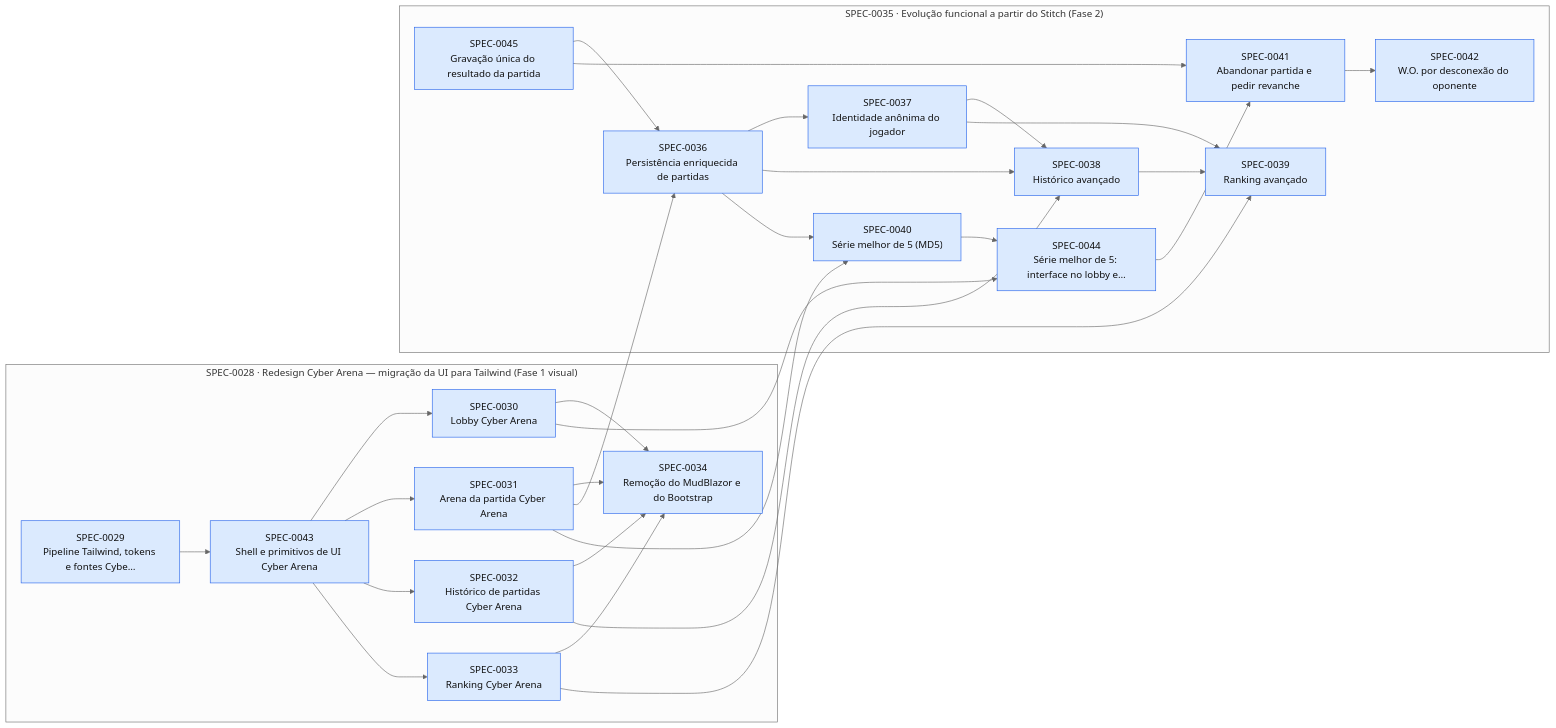
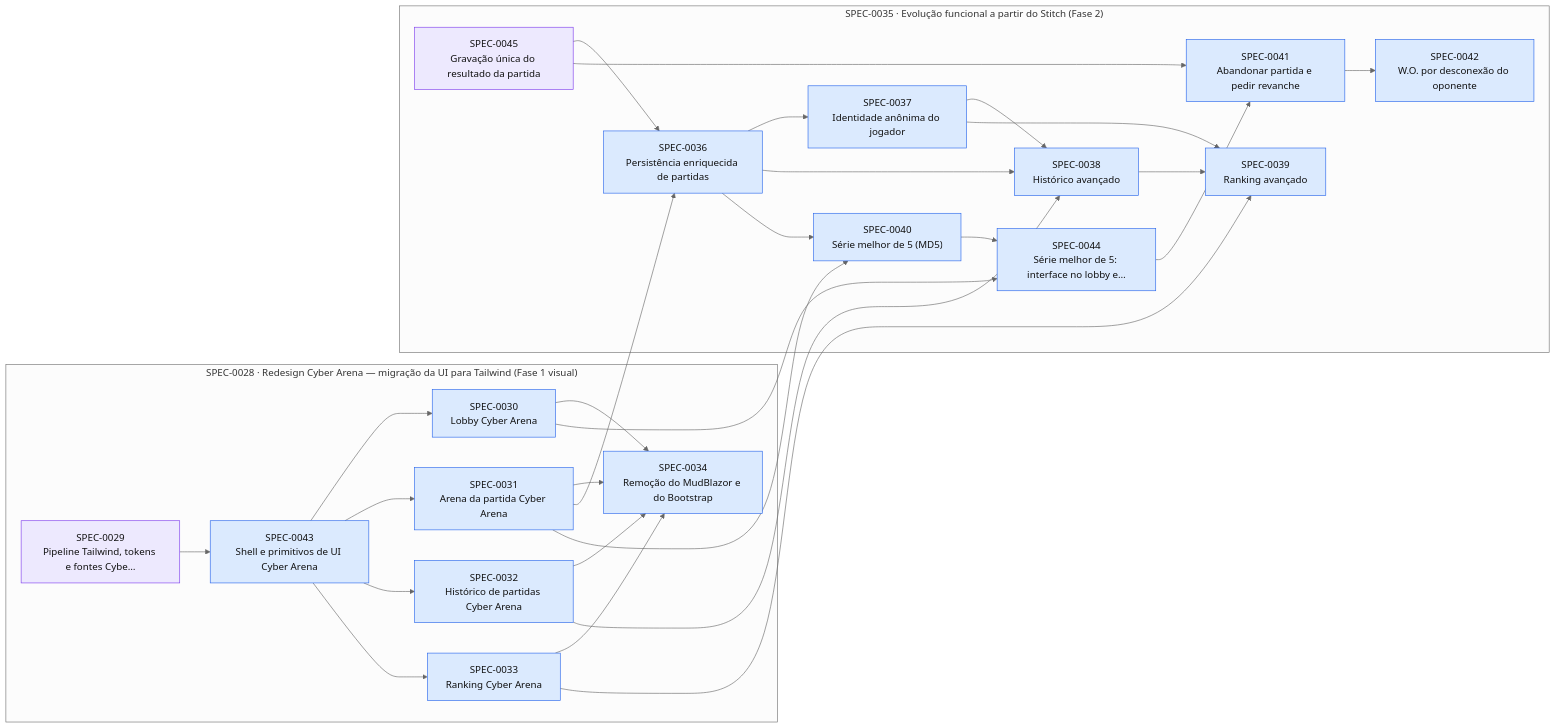
One commit to thomasravache/jogo-da-velha-multiplayer changed the diagram in docs/specs/INDEX.md. Above: the diagram before and after it, drawn with Mermaid (neutral theme). The commit also changed other lines of this file and 2 other files, not shown here.

First line of the commit message:
docs(specs): marcar SPEC-0029 e SPEC-0045 em andamento e regenerar índice

````diff
--- a/docs/specs/INDEX.md
+++ b/docs/specs/INDEX.md
@@ -51,53 +51,53 @@
 ```mermaid
 flowchart LR
   subgraph E0028["SPEC-0028 · Redesign Cyber Arena — migração da UI para Tailwind (Fase 1 visual)"]
-    S0029["SPEC-0029<br/>Pipeline Tailwind, tokens e fontes Cybe…"]:::approved
+    S0029["SPEC-0029<br/>Pipeline Tailwind, tokens e fontes Cybe…"]:::inprogress
     S0030["SPEC-0030<br/>Lobby Cyber Arena"]:::approved
     S0031["SPEC-0031<br/>Arena da partida Cyber Arena"]:::approved
     S0032["SPEC-0032<br/>Histórico de partidas Cyber Arena"]:::approved
     S0033["SPEC-0033<br/>Ranking Cyber Arena"]:::approved
     S0034["SPEC-0034<br/>Remoção do MudBlazor e do Bootstrap"]:::approved
     S0043["SPEC-0043<br/>Shell e primitivos de UI Cyber Arena"]:::approved
   end
   subgraph E0035["SPEC-0035 · Evolução funcional a partir do Stitch (Fase 2)"]
     S0036["SPEC-0036<br/>Persistência enriquecida de partidas"]:::approved
     S0037["SPEC-0037<br/>Identidade anônima do jogador"]:::approved
     S0038["SPEC-0038<br/>Histórico avançado"]:::approved
     S0039["SPEC-0039<br/>Ranking avançado"]:::approved
     S0040["SPEC-0040<br/>Série melhor de 5 (MD5)"]:::approved
     S0041["SPEC-0041<br/>Abandonar partida e pedir revanche"]:::approved
     S0042["SPEC-0042<br/>W.O. por desconexão do oponente"]:::approved
     S0044["SPEC-0044<br/>Série melhor de 5: interface no lobby e…"]:::approved
-    S0045["SPEC-0045<br/>Gravação única do resultado da partida"]:::approved
+    S0045["SPEC-0045<br/>Gravação única do resultado da partida"]:::inprogress
   end
   S0043 --> S0030
   S0043 --> S0031
   S0043 --> S0032
   S0043 --> S0033
   S0030 --> S0034
   S0031 --> S0034
   S0032 --> S0034
   S0033 --> S0034
   S0031 --> S0036
   S0045 --> S0036
   S0036 --> S0037
   S0032 --> S0038
   S0036 --> S0038
   S0037 --> S0038
   S0033 --> S0039
   S0037 --> S0039
   S0038 --> S0039
   S0031 --> S0040
   S0036 --> S0040
   S0044 --> S0041
   S0045 --> S0041
   S0041 --> S0042
   S0029 --> S0043
   S0030 --> S0044
   S0040 --> S0044
   classDef proposed fill:#fef3c7,stroke:#d97706,color:#111
   classDef approved fill:#dbeafe,stroke:#2563eb,color:#111
   classDef inprogress fill:#ede9fe,stroke:#7c3aed,color:#111
   classDef implemented fill:#dcfce7,stroke:#16a34a,color:#111
   classDef deprecated fill:#f3f4f6,stroke:#9ca3af,color:#6b7280
 ```
````
